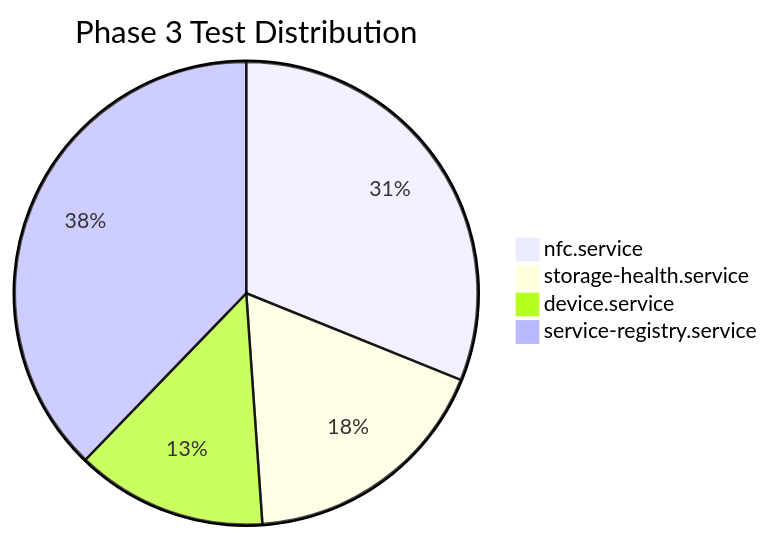
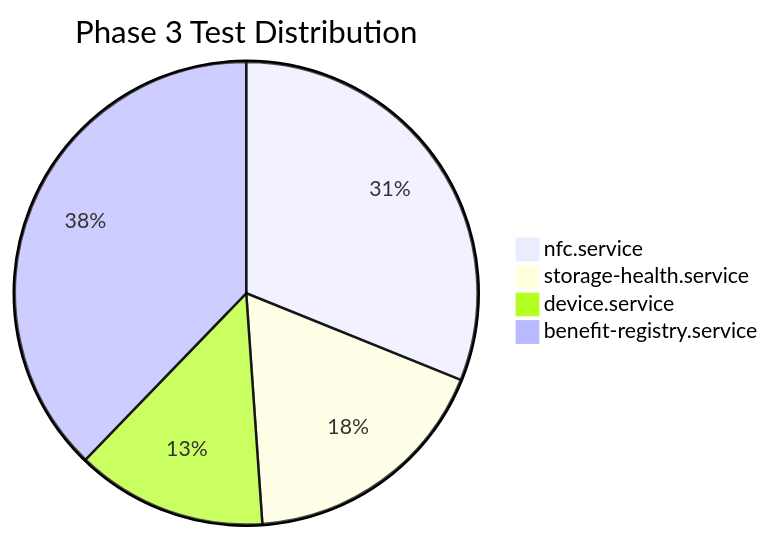
The second of 3 diagrams in docs/wiki/membership-benefit-card/07-Development/Phase-Progress.md (widdestoyud/assesment-s1-2026), drawn with Mermaid before and after one commit. The commit also changed other lines of this file and 31 other files, not shown here.

First line of the commit message:
docs(mbc): Update all documentation for ServiceType to BenefitType rename

````diff
--- a/docs/wiki/membership-benefit-card/07-Development/Phase-Progress.md
+++ b/docs/wiki/membership-benefit-card/07-Development/Phase-Progress.md
@@ -192,7 +192,7 @@
 ```mermaid
 pie title Phase 3 Test Distribution
     "nfc.service" : 14
     "storage-health.service" : 8
     "device.service" : 6
-    "service-registry.service" : 17
+    "benefit-registry.service" : 17
 ```
````
